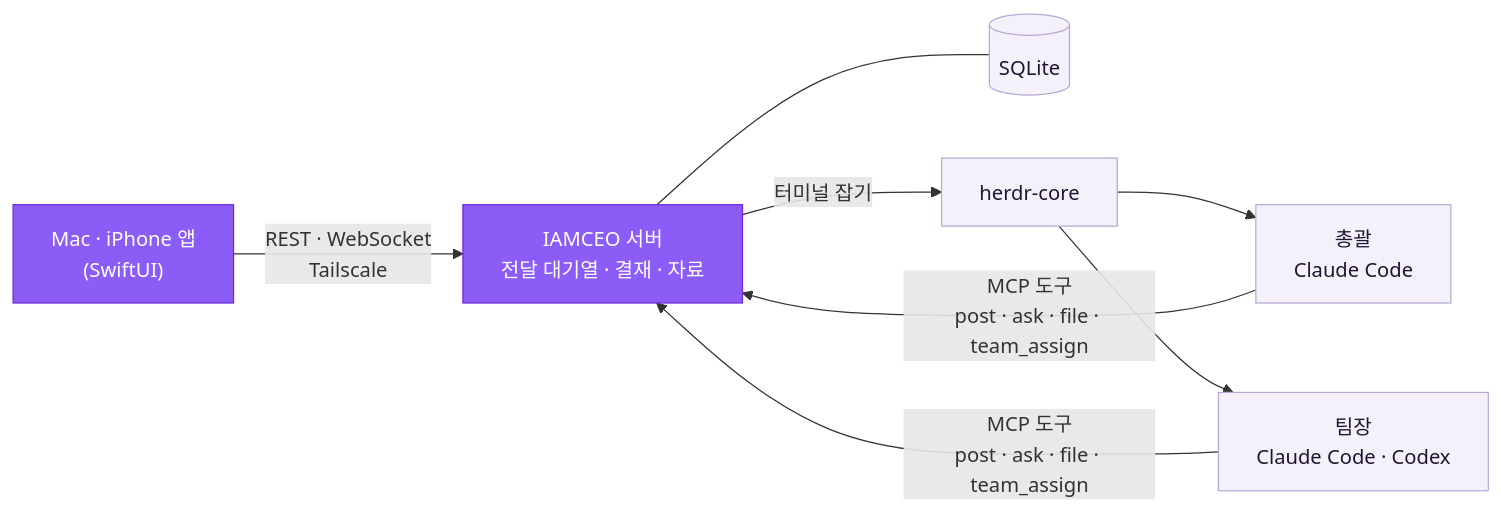
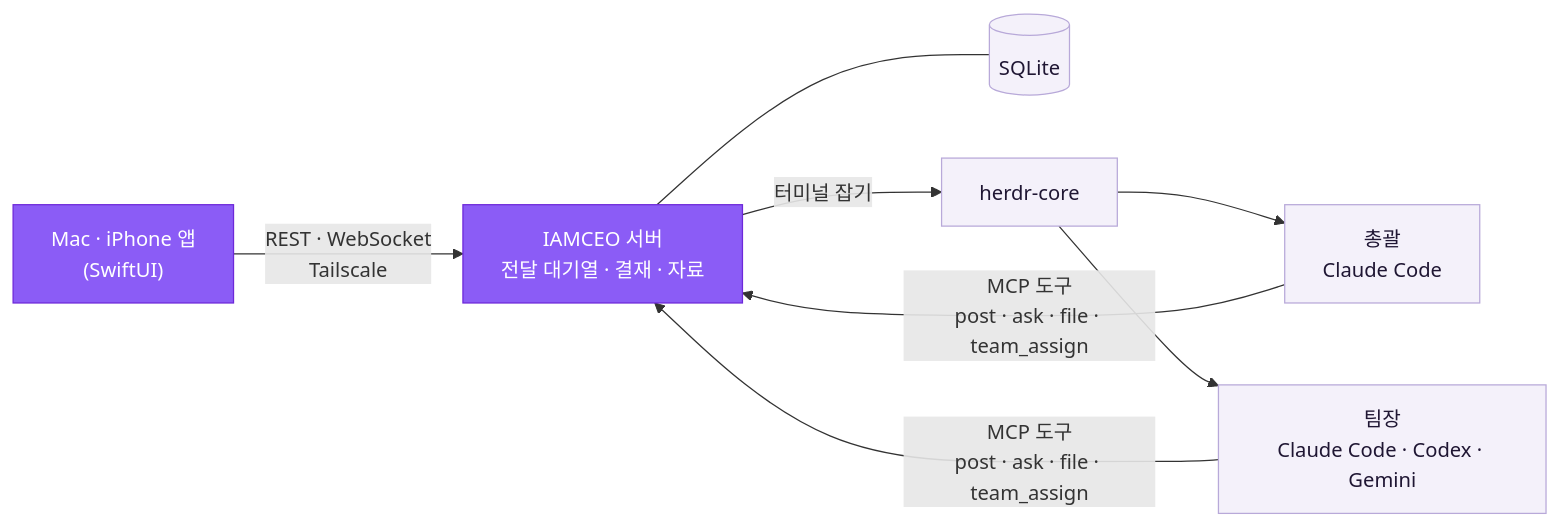
Before and after one commit to yehsung/IAMCEO: the diagram in README.ko.md, drawn with Mermaid. The commit also changed other lines of this file and 135 other files, not shown here.

````diff
--- a/README.ko.md
+++ b/README.ko.md
@@ -142,12 +143,12 @@
 ```mermaid
 flowchart LR
     APP["Mac · iPhone 앱<br/>(SwiftUI)"] -- "REST · WebSocket<br/>Tailscale" --> D["IAMCEO 서버<br/>전달 대기열 · 결재 · 자료"]
     D --- DB[("SQLite")]
     D -- "터미널 잡기" --> CORE["herdr-core"]
-    CORE --> L["총괄<br/>Claude Code"] & W["팀장<br/>Claude Code · Codex"]
+    CORE --> L["총괄<br/>Claude Code"] & W["팀장<br/>Claude Code · Codex · Gemini"]
     L & W -- "MCP 도구<br/>post · ask · file · team_assign" --> D
     classDef own fill:#8b5cf6,stroke:#6d28d9,color:#ffffff
     classDef reuse fill:#f4f1fa,stroke:#b8a9d9,color:#1f1633
     class APP,D own
     class DB,CORE,L,W reuse
 ```
````
